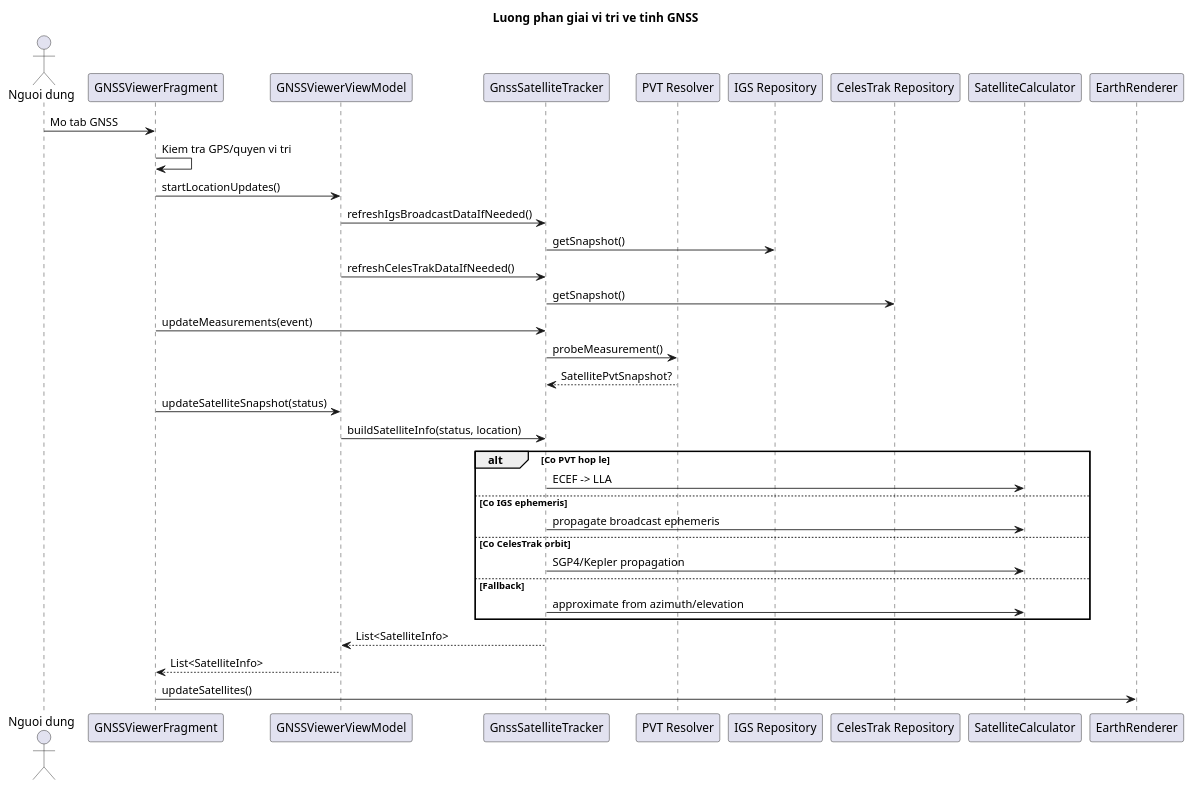
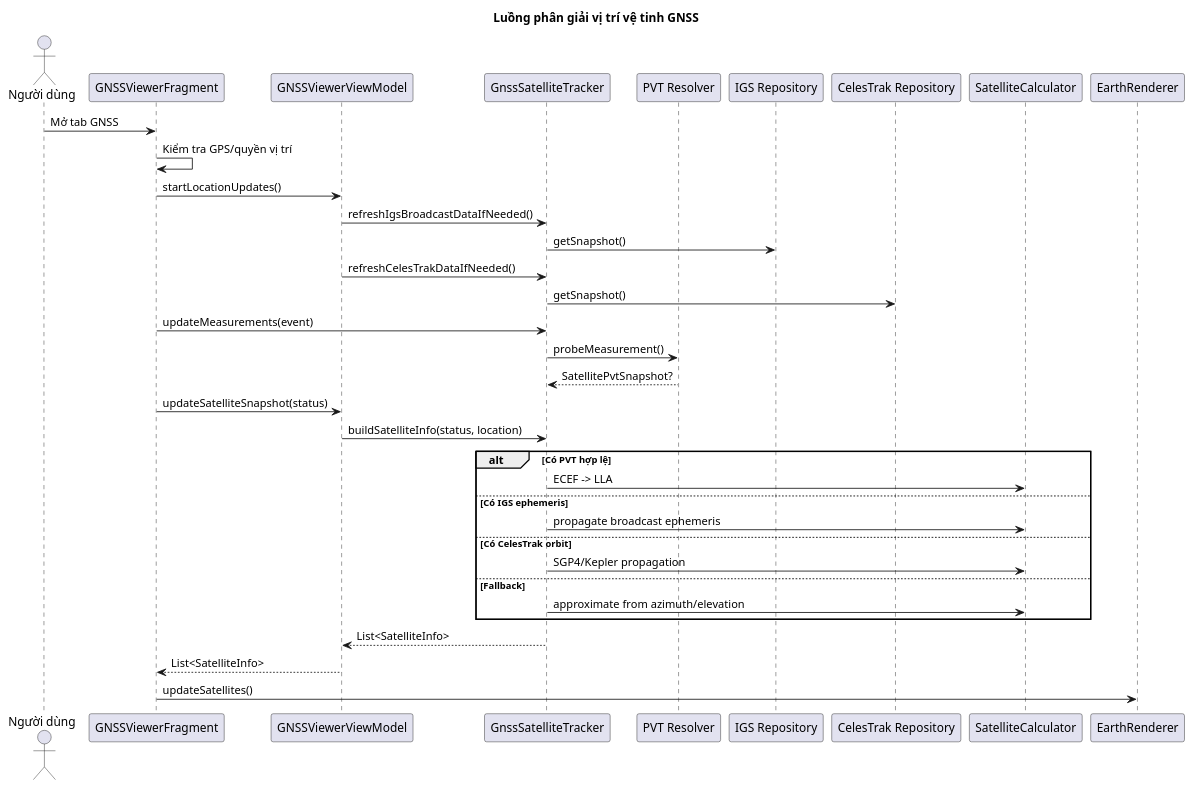
Before and after one commit to thanhmobile080604/My-Thesis-Latex: the diagram in PlantUML/gnss_sequence.puml, drawn with PlantUML. The commit also changed 47 other files, not shown here.

```diff
--- a/PlantUML/gnss_sequence.puml
+++ b/PlantUML/gnss_sequence.puml
@@ -1,43 +1,43 @@
 @startuml
-title Luong phan giai vi tri ve tinh GNSS
+title Luồng phân giải vị trí vệ tinh GNSS
 
-actor "Nguoi dung" as User
+actor "Người dùng" as User
 participant "GNSSViewerFragment" as Fragment
 participant "GNSSViewerViewModel" as VM
 participant "GnssSatelliteTracker" as Tracker
 participant "PVT Resolver" as PVT
 participant "IGS Repository" as IGS
 participant "CelesTrak Repository" as CT
 participant "SatelliteCalculator" as Calc
 participant "EarthRenderer" as Renderer
 
-User -> Fragment : Mo tab GNSS
-Fragment -> Fragment : Kiem tra GPS/quyen vi tri
+User -> Fragment : Mở tab GNSS
+Fragment -> Fragment : Kiểm tra GPS/quyền vị trí
 Fragment -> VM : startLocationUpdates()
 VM -> Tracker : refreshIgsBroadcastDataIfNeeded()
 Tracker -> IGS : getSnapshot()
 VM -> Tracker : refreshCelesTrakDataIfNeeded()
 Tracker -> CT : getSnapshot()
 
 Fragment -> Tracker : updateMeasurements(event)
 Tracker -> PVT : probeMeasurement()
 PVT --> Tracker : SatellitePvtSnapshot?
 
 Fragment -> VM : updateSatelliteSnapshot(status)
 VM -> Tracker : buildSatelliteInfo(status, location)
 
-alt Co PVT hop le
+alt Có PVT hợp lệ
   Tracker -> Calc : ECEF -> LLA
-else Co IGS ephemeris
+else Có IGS ephemeris
   Tracker -> Calc : propagate broadcast ephemeris
-else Co CelesTrak orbit
+else Có CelesTrak orbit
   Tracker -> Calc : SGP4/Kepler propagation
 else Fallback
   Tracker -> Calc : approximate from azimuth/elevation
 end
 
 Tracker --> VM : List<SatelliteInfo>
 VM --> Fragment : List<SatelliteInfo>
 Fragment -> Renderer : updateSatellites()
 
 @enduml
```
